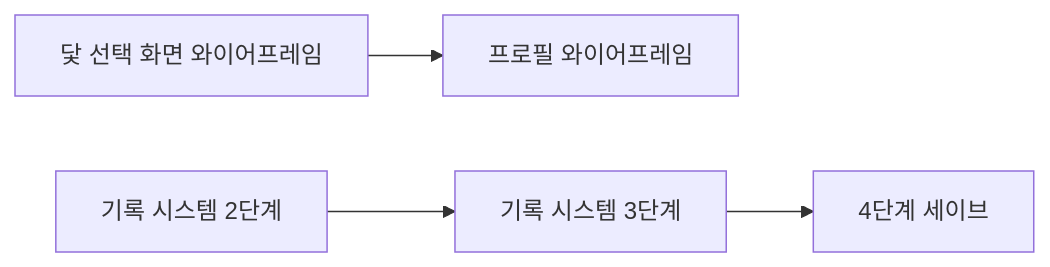
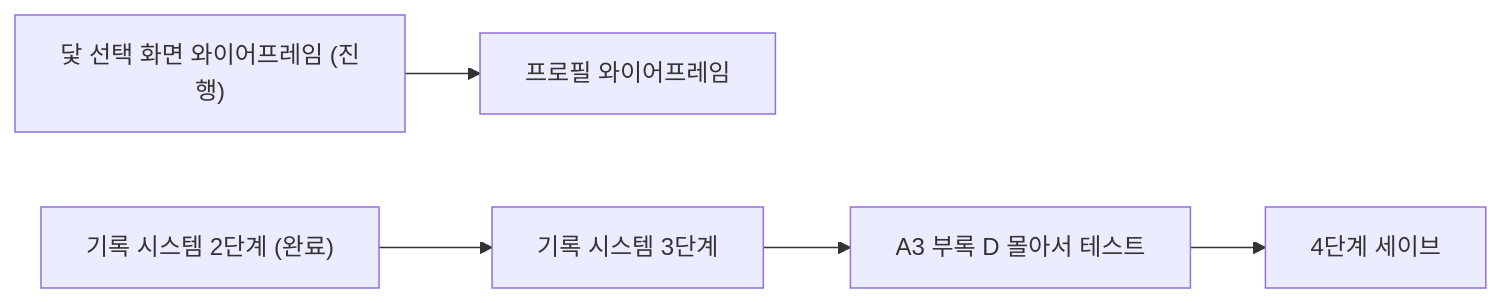
The diagram in docs/인수인계.md (shieon51/UnityPortfolio1_LastTale), drawn with Mermaid before and after one commit. The commit also changed other lines of this file and 3 other files, not shown here.

````diff
--- a/docs/인수인계.md
+++ b/docs/인수인계.md
@@ -215,6 +218,7 @@
 ```mermaid
 flowchart LR
-    A["닻 선택 화면 와이어프레임"] --> B["프로필 와이어프레임"]
-    C["기록 시스템 2단계"] --> D["기록 시스템 3단계"]
-    D --> E["4단계 세이브"]
+    A["닻 선택 화면 와이어프레임 (진행)"] --> B["프로필 와이어프레임"]
+    C["기록 시스템 2단계 (완료)"] --> D["기록 시스템 3단계"]
+    D --> E["A3 부록 D 몰아서 테스트"]
+    E --> F["4단계 세이브"]
 ```
````
